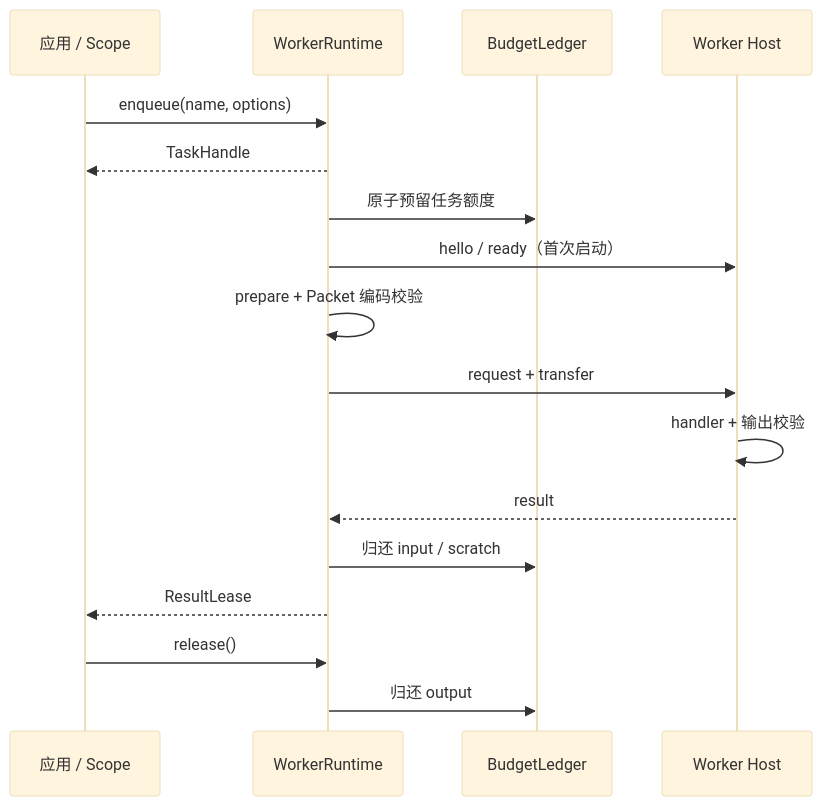
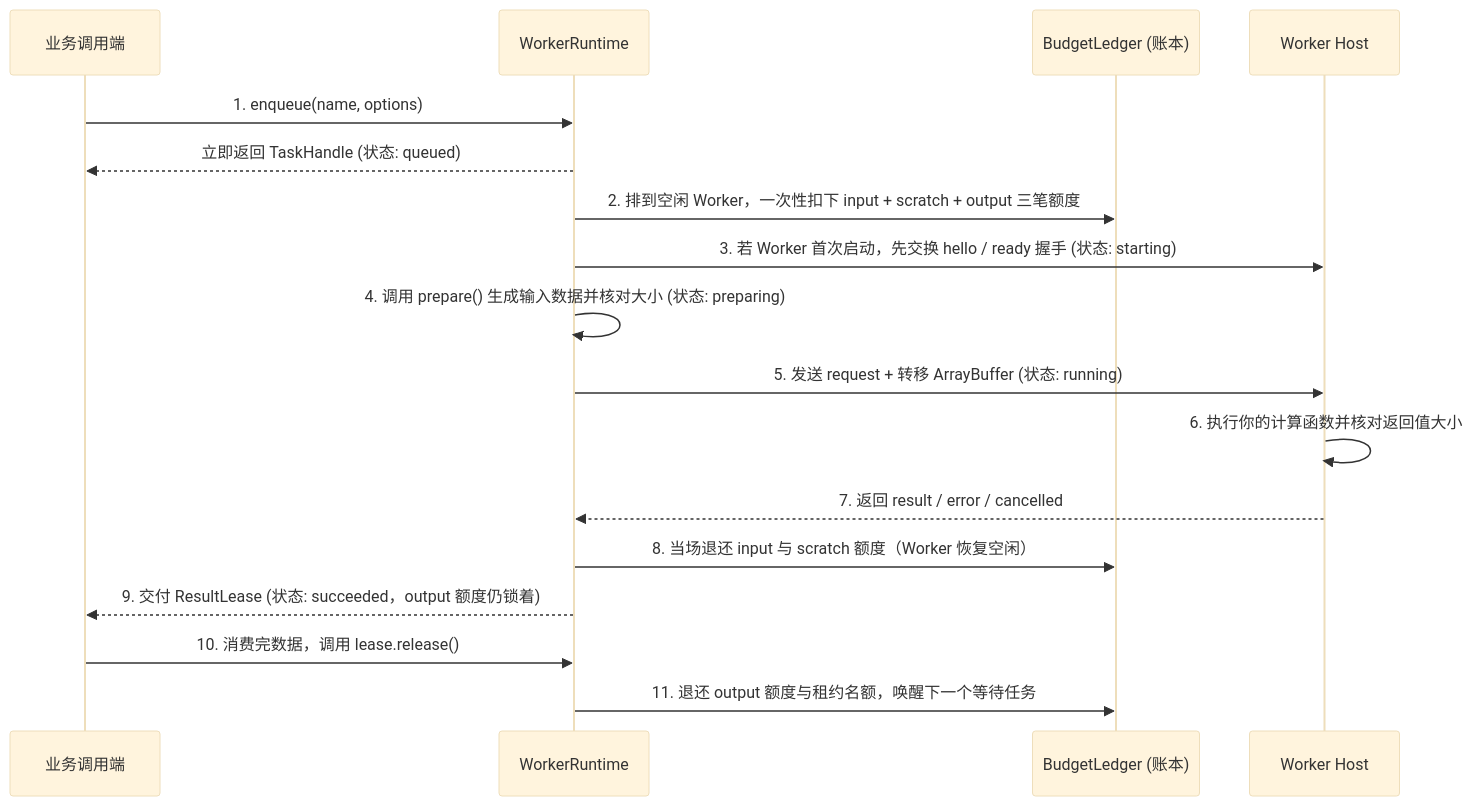
Before and after one commit to mapseekai/tasklane-web: the diagram in content/docs/architecture/execution.md, drawn with Mermaid (base theme). The commit also changed other lines of this file and 50 other files, not shown here.

````diff
--- a/content/docs/architecture/execution.md
+++ b/content/docs/architecture/execution.md
@@ -11,19 +13,19 @@
 ```mermaid
 sequenceDiagram
-  participant A as 应用 / Scope
+  participant A as 业务调用端
   participant R as WorkerRuntime
-  participant B as BudgetLedger
+  participant B as BudgetLedger (账本)
   participant W as Worker Host
-  A->>R: enqueue(name, options)
-  R-->>A: TaskHandle
-  R->>B: 原子预留任务额度
-  R->>W: hello / ready（首次启动）
-  R->>R: prepare + Packet 编码校验
-  R->>W: request + transfer
-  W->>W: handler + 输出校验
-  W-->>R: result
-  R->>B: 归还 input / scratch
-  R-->>A: ResultLease
-  A->>R: release()
-  R->>B: 归还 output
+  A->>R: 1. enqueue(name, options)
+  R-->>A: 立即返回 TaskHandle (状态: queued)
+  R->>B: 2. 排到空闲 Worker，一次性扣下 input + scratch + output 三笔额度
+  R->>W: 3. 若 Worker 首次启动，先交换 hello / ready 握手 (状态: starting)
+  R->>R: 4. 调用 prepare() 生成输入数据并核对大小 (状态: preparing)
+  R->>W: 5. 发送 request + 转移 ArrayBuffer (状态: running)
+  W->>W: 6. 执行你的计算函数并核对返回值大小
+  W-->>R: 7. 返回 result / error / cancelled
+  R->>B: 8. 当场退还 input 与 scratch 额度（Worker 恢复空闲）
+  R-->>A: 9. 交付 ResultLease (状态: succeeded，output 额度仍锁着)
+  A->>R: 10. 消费完数据，调用 lease.release()
+  R->>B: 11. 退还 output 额度与租约名额，唤醒下一个等待任务
 ```
````
